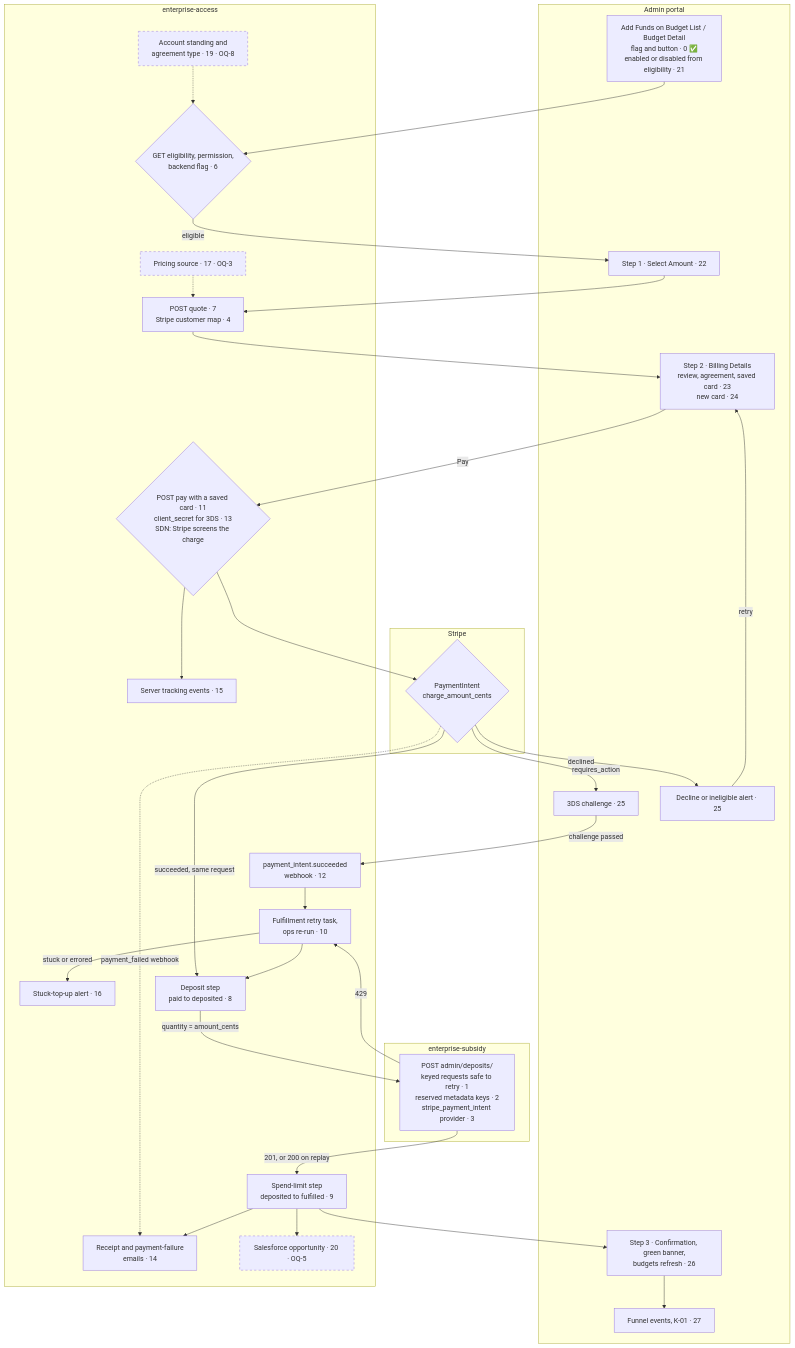
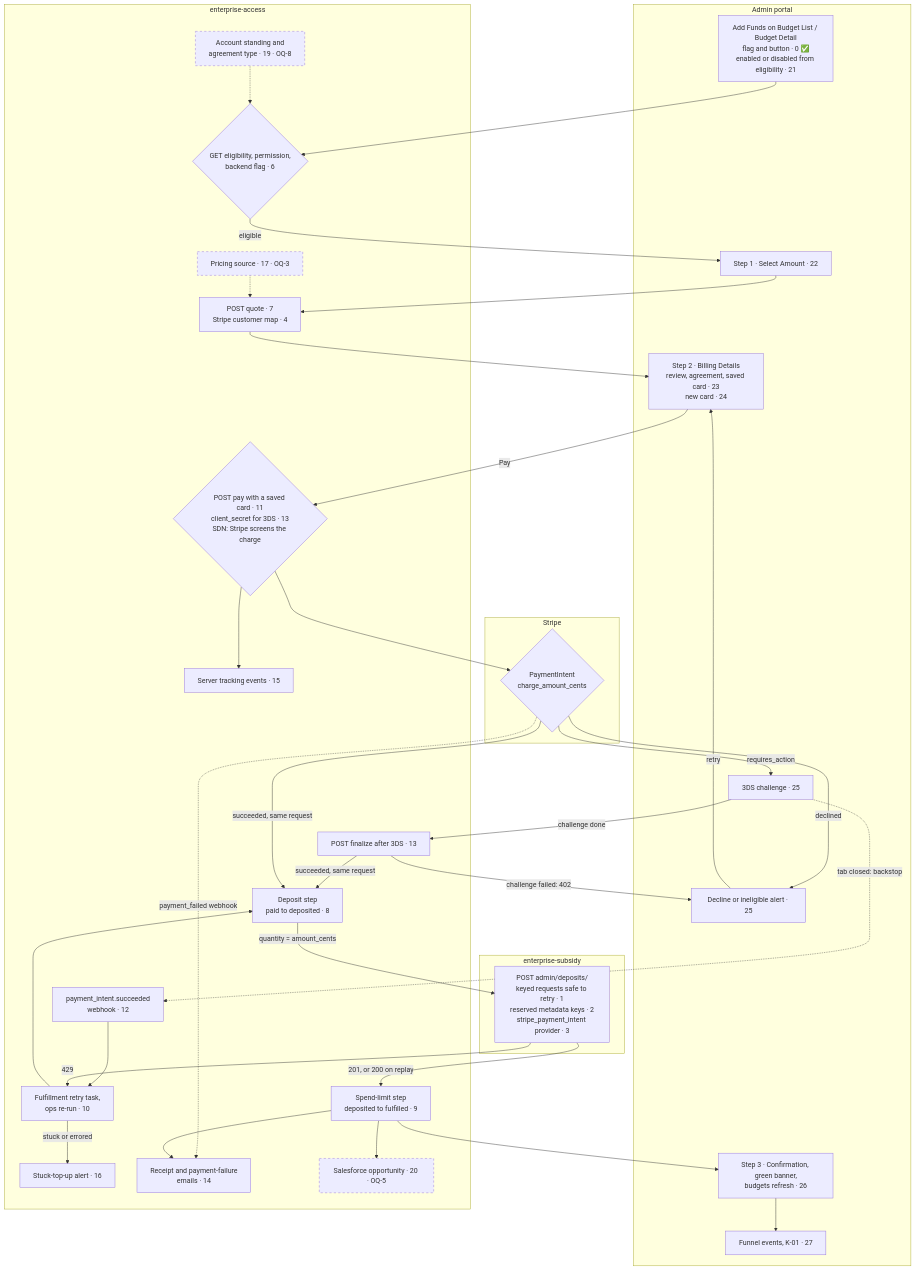
One commit to edx/enterprise-access changed the first of 3 diagrams in docs/plans/impl-plan.md. Above: the diagram before and after it, drawn with Mermaid. The commit also changed other lines of this file and 1 other file, not shown here.

````diff
--- a/docs/plans/impl-plan.md
+++ b/docs/plans/impl-plan.md
@@ -173,65 +179,69 @@
 ```mermaid
 flowchart TD
     subgraph SG_AP["Admin portal"]
         BTN["Add Funds on Budget List / Budget Detail<br/>flag and button · 0 ✅<br/>enabled or disabled from eligibility · 21"]
         AMT["Step 1 · Select Amount · 22"]
         BILL["Step 2 · Billing Details<br/>review, agreement, saved card · 23<br/>new card · 24"]
         TDS["3DS challenge · 25"]
         ALERT["Decline or ineligible alert · 25"]
         DONE["Step 3 · Confirmation, green banner,<br/>budgets refresh · 26"]
         FUN["Funnel events, K-01 · 27"]
     end
 
     subgraph SG_EA["enterprise-access"]
         ELIG{"GET eligibility, permission,<br/>backend flag · 6"}
         ACCT["Account standing and<br/>agreement type · 19 · OQ-8"]
         QUOTE["POST quote · 7<br/>Stripe customer map · 4"]
         PRICE["Pricing source · 17 · OQ-3"]
         PAY{"POST pay with a saved card · 11<br/>client_secret for 3DS · 13<br/>SDN: Stripe screens the charge"}
         EVT["Server tracking events · 15"]
+        FIN["POST finalize after 3DS · 13"]
         HOOK["payment_intent.succeeded<br/>webhook · 12"]
         TASK["Fulfillment retry task,<br/>ops re-run · 10"]
         STUCK["Stuck-top-up alert · 16"]
         DEP["Deposit step<br/>paid to deposited · 8"]
         SPEND["Spend-limit step<br/>deposited to fulfilled · 9"]
         MAIL["Receipt and payment-failure<br/>emails · 14"]
         SF["Salesforce opportunity · 20 · OQ-5"]
     end
 
     subgraph SG_STRIPE["Stripe"]
         PI{"PaymentIntent<br/>charge_amount_cents"}
     end
 
     subgraph SG_ES["enterprise-subsidy"]
         ESDEP["POST admin/deposits/<br/>keyed requests safe to retry · 1<br/>reserved metadata keys · 2<br/>stripe_payment_intent provider · 3"]
     end
 
     BTN --> ELIG
     ACCT -.-> ELIG
     ELIG -->|"eligible"| AMT
     AMT --> QUOTE
     PRICE -.-> QUOTE
     QUOTE --> BILL
     BILL -->|"Pay"| PAY
     PAY --> PI
     PAY --> EVT
     PI -->|"declined"| ALERT
     ALERT -->|"retry"| BILL
     PI -->|"requires_action"| TDS
-    TDS -->|"challenge passed"| HOOK
+    TDS -->|"challenge done"| FIN
+    FIN -->|"succeeded, same request"| DEP
+    FIN -->|"challenge failed: 402"| ALERT
+    TDS -.->|"tab closed: backstop"| HOOK
     PI -.->|"payment_failed webhook"| MAIL
     PI -->|"succeeded, same request"| DEP
     HOOK --> TASK
     TASK --> DEP
     DEP -->|"quantity = amount_cents"| ESDEP
     ESDEP -->|"201, or 200 on replay"| SPEND
     ESDEP -->|"429"| TASK
     TASK -->|"stuck or errored"| STUCK
     SPEND --> DONE
     SPEND --> MAIL
     SPEND --> SF
     DONE --> FUN
 
     classDef blocked stroke-dasharray: 5 5
     class ACCT,PRICE,SF blocked
 ```
````
